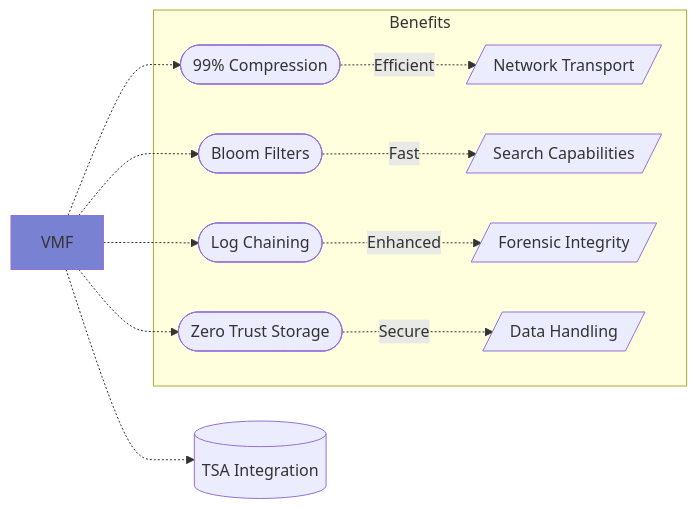
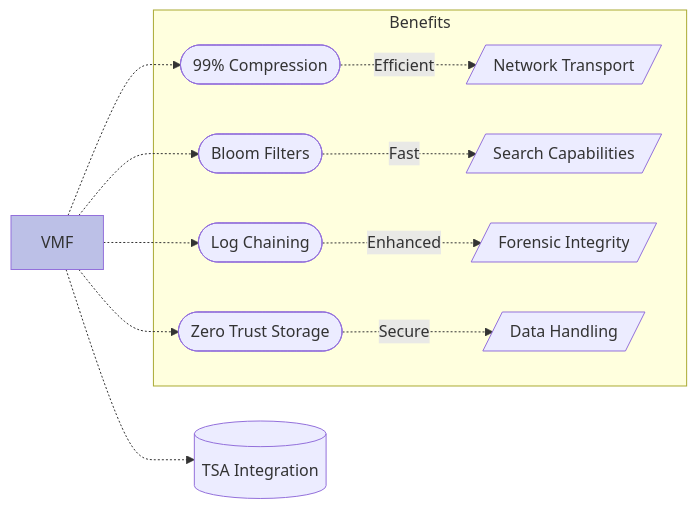
Before and after one commit to VirtualMetric/virtualmetric-docs: the fifth of 8 diagrams in docs/about/key-features.mdx, drawn with Mermaid. The commit also changed other lines of this file and 7 other files, not shown here.

````diff
--- a/docs/about/key-features.mdx
+++ b/docs/about/key-features.mdx
@@ -220,19 +220,19 @@
 ```mermaid
 graph LR
     VMF[VMF]
     
     VMF -.-> Compression([99% Compression])
     VMF -.-> Storage([Zero Trust Storage])
     VMF -.-> Filters([Bloom Filters])
     VMF -.-> Chain([Log Chaining])
     VMF -.-> TSA[(TSA Integration)]
     
     subgraph Benefits
         Compression -.-> |Efficient| Transport[/Network Transport/]
         Filters -.-> |Fast| Search[/Search Capabilities/]
         Chain -.-> |Enhanced| Forensics[/Forensic Integrity/]
         Storage -.-> |Secure| DataHandling[/Data Handling/]
     end
     
-    style VMF fill:#7982D2
+    style VMF fill:#BCC0E7
 ```
````
